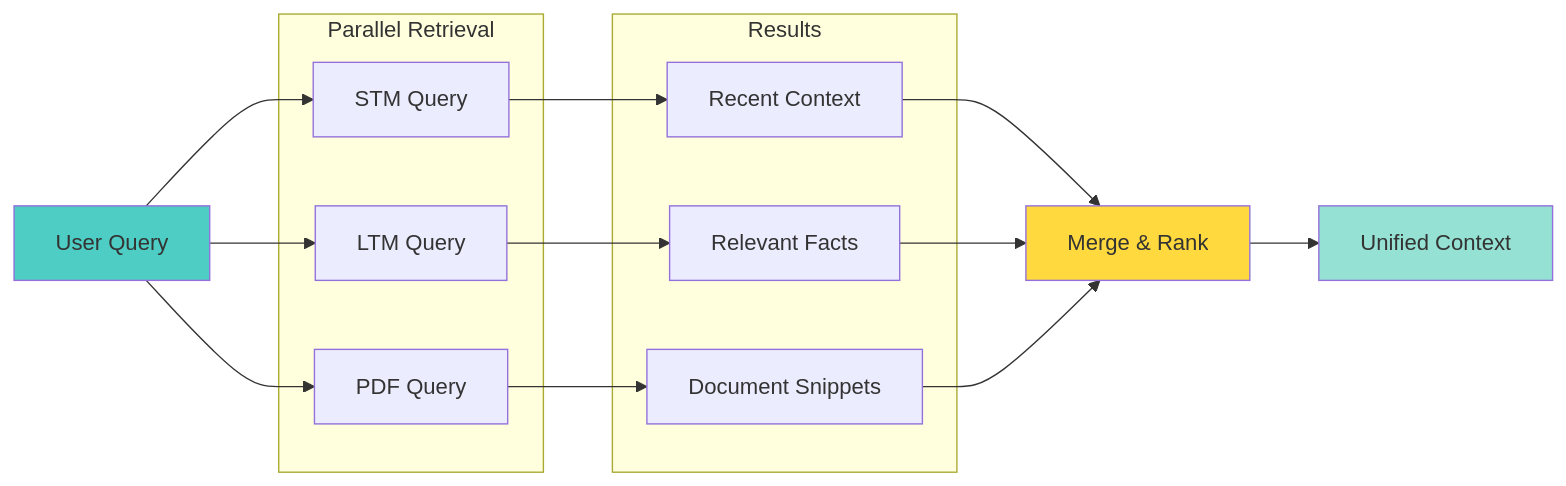
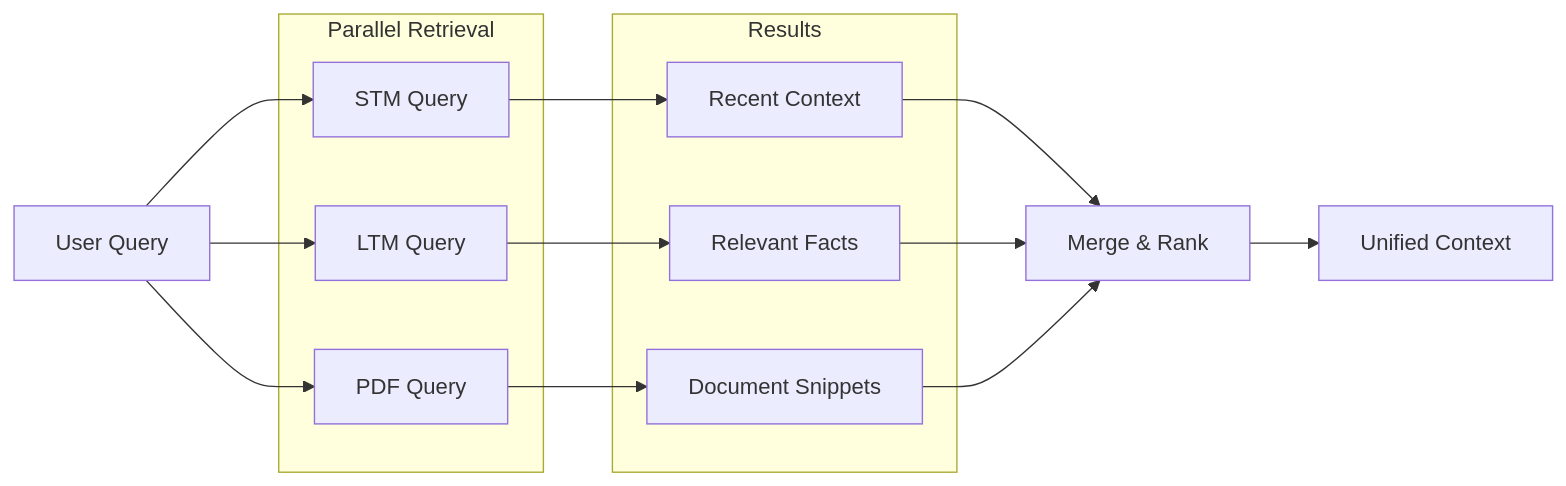
Diagram 11 of 18 in RESEARCH.md (Shashwat-Akhilesh-Shukla/Cognitive-AI), drawn with Mermaid before and after one commit. The commit also changed other lines of this file and 4 other files, not shown here.

````diff
--- a/RESEARCH.md
+++ b/RESEARCH.md
@@ -963,34 +982,30 @@
 ```mermaid
 graph LR
     QUERY[User Query]
     
     subgraph "Parallel Retrieval"
         STM_Q[STM Query]
         LTM_Q[LTM Query]
         PDF_Q[PDF Query]
     end
     
     subgraph "Results"
         STM_RES[Recent Context]
         LTM_RES[Relevant Facts]
         PDF_RES[Document Snippets]
     end
     
     QUERY --> STM_Q
     QUERY --> LTM_Q
     QUERY --> PDF_Q
     
     STM_Q --> STM_RES
     LTM_Q --> LTM_RES
     PDF_Q --> PDF_RES
     
     STM_RES --> MERGE[Merge & Rank]
     LTM_RES --> MERGE
     PDF_RES --> MERGE
     
     MERGE --> CONTEXT[Unified Context]
-    
-    style QUERY fill:#4ecdc4
-    style MERGE fill:#ffd93d
-    style CONTEXT fill:#95e1d3
 ```
````
